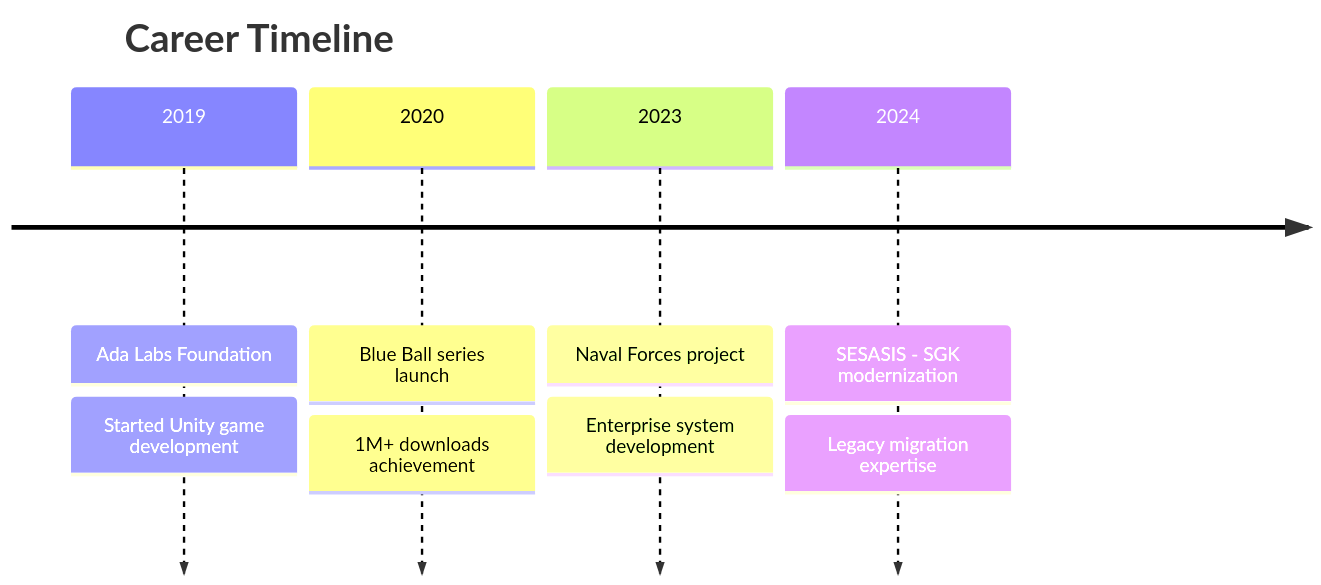
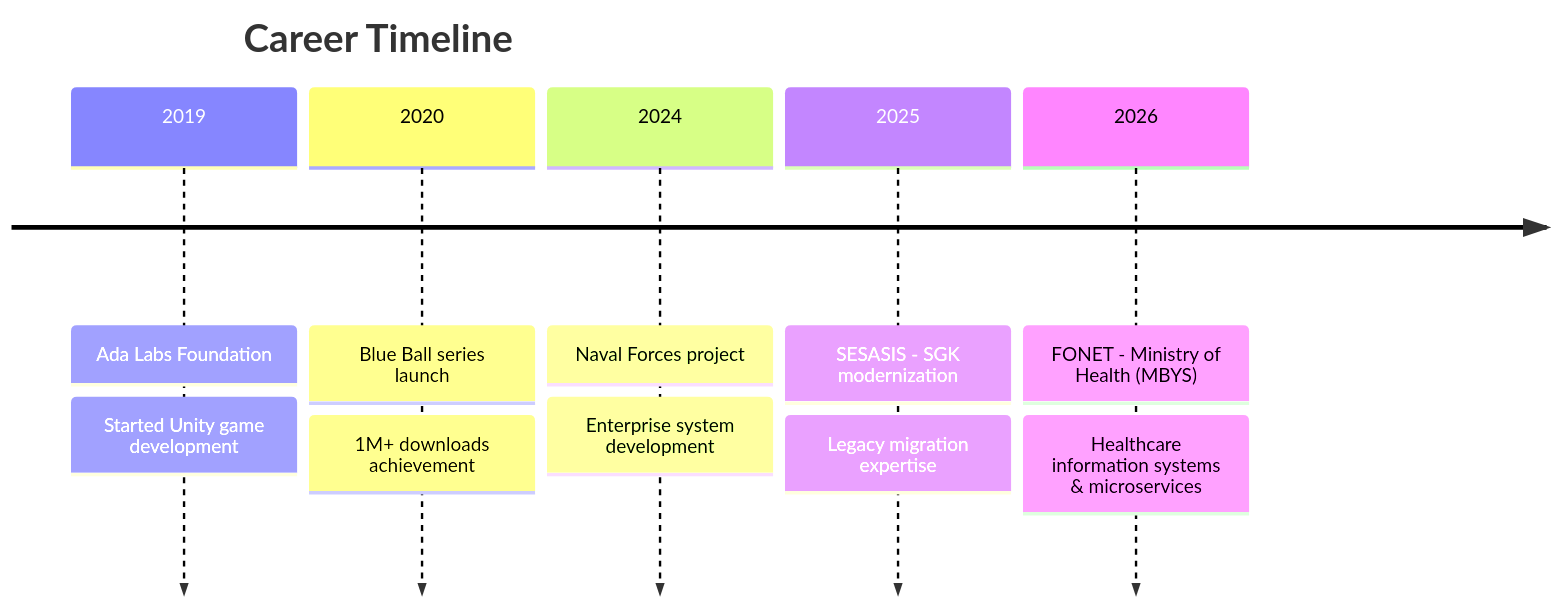
Before and after one commit to omerada/omerada: the diagram in README.md, drawn with Mermaid. The commit also changed other lines of this file, not shown here.

First line of the commit message:
Revise current role and project history in README

````diff
--- a/README.md
+++ b/README.md
@@ -194,16 +204,20 @@
 ```mermaid
 timeline
     title Career Timeline
 
     2019 : Ada Labs Foundation
          : Started Unity game development
 
     2020 : Blue Ball series launch
          : 1M+ downloads achievement
 
-    2023 : Naval Forces project
+    2024 : Naval Forces project
          : Enterprise system development
 
-    2024 : SESASIS - SGK modernization
+    2025 : SESASIS - SGK modernization
          : Legacy migration expertise
+
+    2026 : FONET - Ministry of Health (MBYS)
+         : Healthcare information systems & microservices
+
 ```
````
